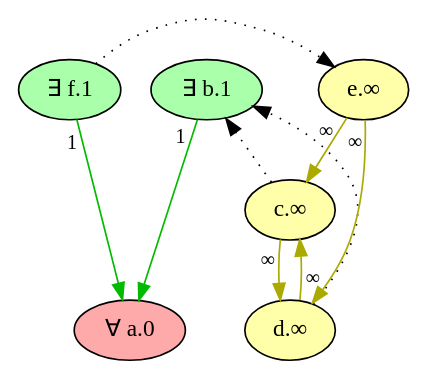
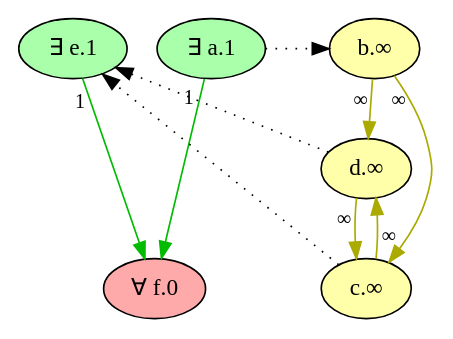
The diagram in Refactor/imgs/wm_graph_sb/unfactored_game_wfs.dot (idaks/Games-and-Argumentation), drawn with Graphviz before and after one commit. The commit also changed 85 other files, not shown here.

```diff
--- a/Refactor/imgs/wm_graph_sb/unfactored_game_wfs.dot
+++ b/Refactor/imgs/wm_graph_sb/unfactored_game_wfs.dot
@@ -1,21 +1,21 @@
 digraph {
     // Node defaults can be set here if needed
-    "a" [style="filled" fillcolor="#FFAAAA" label="∀ a.0" fontsize=14]
-    "f" [style="filled" fillcolor="#AAFFAA" label="∃ f.1" fontsize=14]
-    "b" [style="filled" fillcolor="#AAFFAA" label="∃ b.1" fontsize=14]
+    "f" [style="filled" fillcolor="#FFAAAA" label="∀ f.0" fontsize=14]
+    "e" [style="filled" fillcolor="#AAFFAA" label="∃ e.1" fontsize=14]
+    "a" [style="filled" fillcolor="#AAFFAA" label="∃ a.1" fontsize=14]
+    "b" [style="filled" fillcolor="#FFFFAA" label="b.∞" fontsize=14]
+    "d" [style="filled" fillcolor="#FFFFAA" label="d.∞" fontsize=14]
     "c" [style="filled" fillcolor="#FFFFAA" label="c.∞" fontsize=14]
-    "d" [style="filled" fillcolor="#FFFFAA" label="d.∞" fontsize=14]
-    "e" [style="filled" fillcolor="#FFFFAA" label="e.∞" fontsize=14]
     edge[labeldistance=1.5 fontsize=12]
-    "b" -> "a" [color="#00BB00" style="solid" dir="forward" taillabel="1" ]
-    "c" -> "b" [color="black" style="dotted" dir="forward" taillabel="" constraint=false]
+    "a" -> "b" [color="black" style="dotted" dir="forward" taillabel="" constraint=false]
+    "b" -> "c" [color="#AAAA00" style="solid" dir="forward" taillabel="∞" ]
+    "d" -> "c" [color="#AAAA00" style="solid" dir="forward" taillabel="∞" ]
+    "b" -> "d" [color="#AAAA00" style="solid" dir="forward" taillabel="∞" ]
     "c" -> "d" [color="#AAAA00" style="solid" dir="forward" taillabel="∞" ]
-    "d" -> "b" [color="black" style="dotted" dir="forward" taillabel="" constraint=false]
-    "d" -> "c" [color="#AAAA00" style="solid" dir="forward" taillabel="∞" ]
-    "e" -> "c" [color="#AAAA00" style="solid" dir="forward" taillabel="∞" ]
-    "e" -> "d" [color="#AAAA00" style="solid" dir="forward" taillabel="∞" ]
-    "f" -> "e" [color="black" style="dotted" dir="forward" taillabel="" constraint=false]
-    "f" -> "a" [color="#00BB00" style="solid" dir="forward" taillabel="1" ]
-    {rank = max a}
-    {rank = min f b}
+    "c" -> "e" [color="black" style="dotted" dir="forward" taillabel="" constraint=false]
+    "d" -> "e" [color="black" style="dotted" dir="forward" taillabel="" constraint=false]
+    "e" -> "f" [color="#00BB00" style="solid" dir="forward" taillabel="1" ]
+    "a" -> "f" [color="#00BB00" style="solid" dir="forward" taillabel="1" ]
+    {rank = max f}
+    {rank = min e a}
 }
```
